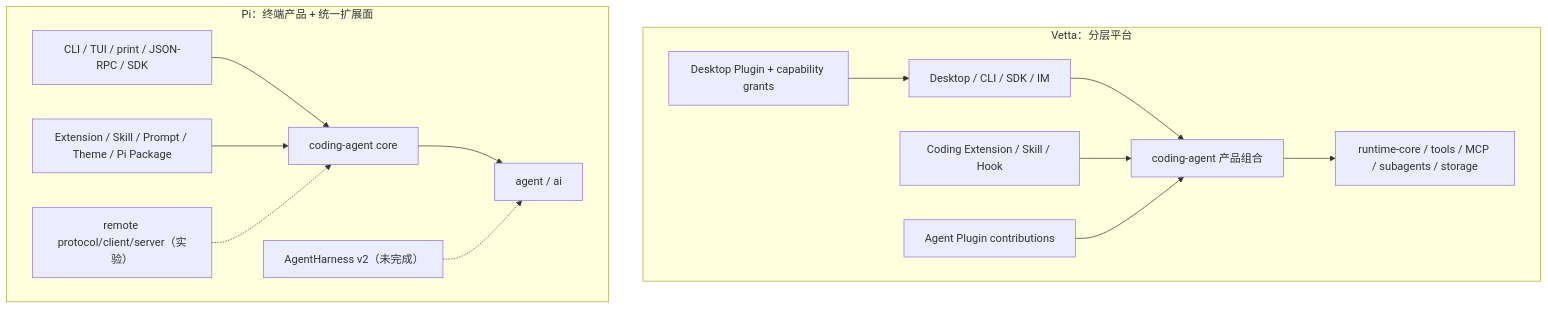
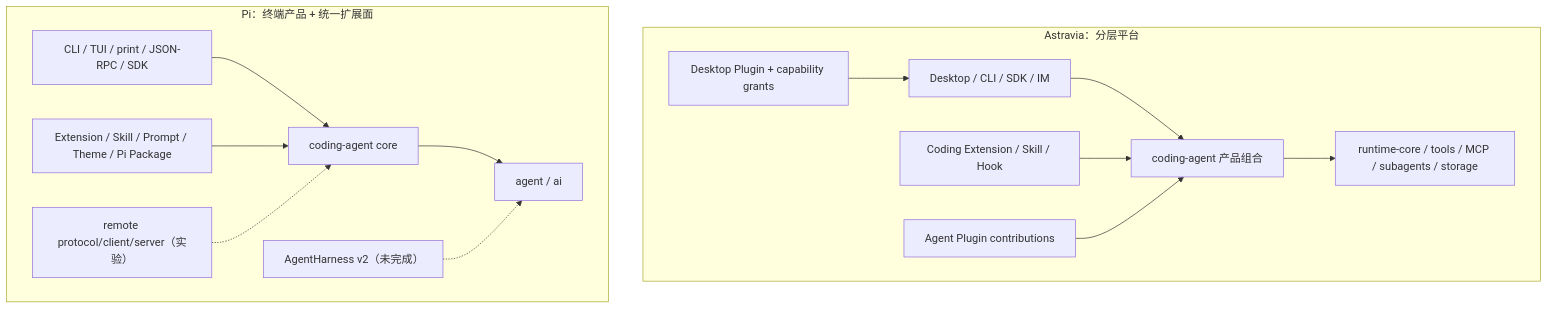
Before and after one commit to maomaochong-ai/open-astravia: the diagram in docs/agent/extension/02-architecture-and-extension-models.md, drawn with Mermaid. The commit also changed other lines of this file and 5930 other files, not shown here.

````diff
--- a/docs/agent/extension/02-architecture-and-extension-models.md
+++ b/docs/agent/extension/02-architecture-and-extension-models.md
@@ -5,17 +5,17 @@
 ```mermaid
 flowchart TB
-  subgraph Vetta["Vetta：分层平台"]
+  subgraph Astravia["Astravia：分层平台"]
     VH["Desktop / CLI / SDK / IM"] --> VC["coding-agent 产品组合"]
     VC --> VR["runtime-core / tools / MCP / subagents / storage"]
     VP["Desktop Plugin + capability grants"] --> VH
     VE["Coding Extension / Skill / Hook"] --> VC
     VA["Agent Plugin contributions"] --> VC
   end
   subgraph Pi["Pi：终端产品 + 统一扩展面"]
     PT["CLI / TUI / print / JSON-RPC / SDK"] --> PC["coding-agent core"]
     PE["Extension / Skill / Prompt / Theme / Pi Package"] --> PC
     PC --> PA["agent / ai"]
     PR["remote protocol/client/server（实验）"] -.-> PC
     PH["AgentHarness v2（未完成）"] -.-> PA
   end
 ```
````
